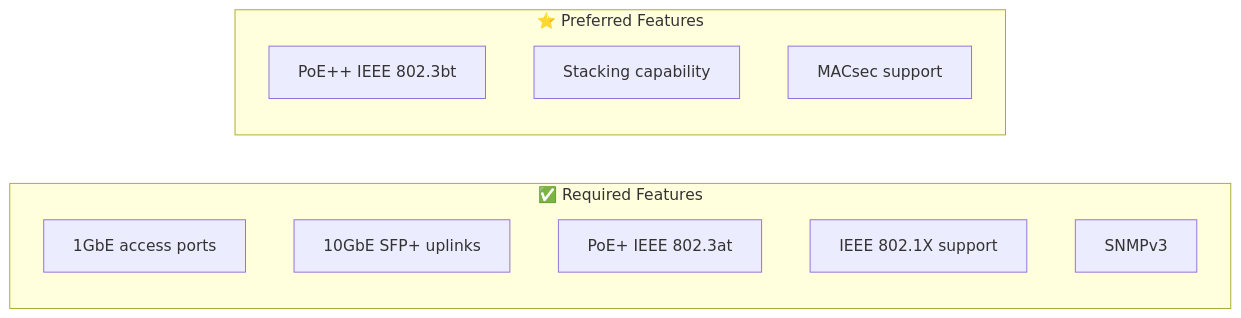
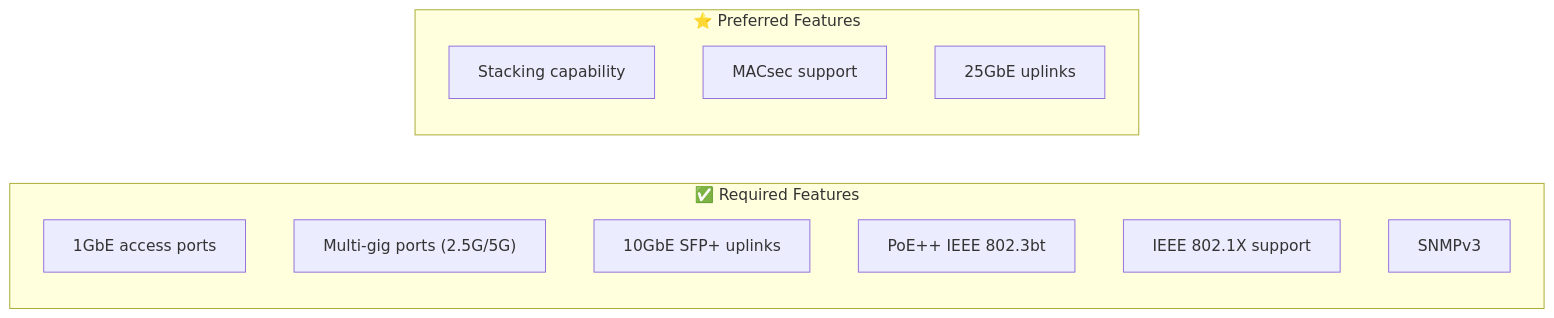
Before and after one commit to NewOrleansITI/networkstandards: the second of 5 diagrams in docs/ethernet/switch-specifications.md, drawn with Mermaid. The commit also changed other lines of this file and 4 other files, not shown here.

````diff
--- a/docs/ethernet/switch-specifications.md
+++ b/docs/ethernet/switch-specifications.md
@@ -64,16 +66,17 @@
 ```mermaid
 graph LR
     subgraph REQUIRED["✅ Required Features"]
         A["1GbE access ports"]
-        B["10GbE SFP+ uplinks"]
-        C["PoE+ IEEE 802.3at"]
-        D["IEEE 802.1X support"]
-        E["SNMPv3"]
+        B["Multi-gig ports (2.5G/5G)"]
+        C["10GbE SFP+ uplinks"]
+        D["PoE++ IEEE 802.3bt"]
+        E["IEEE 802.1X support"]
+        F["SNMPv3"]
     end
 
     subgraph PREFERRED["⭐ Preferred Features"]
-        F["PoE++ IEEE 802.3bt"]
         G["Stacking capability"]
         H["MACsec support"]
+        I["25GbE uplinks"]
     end
 ```
````
